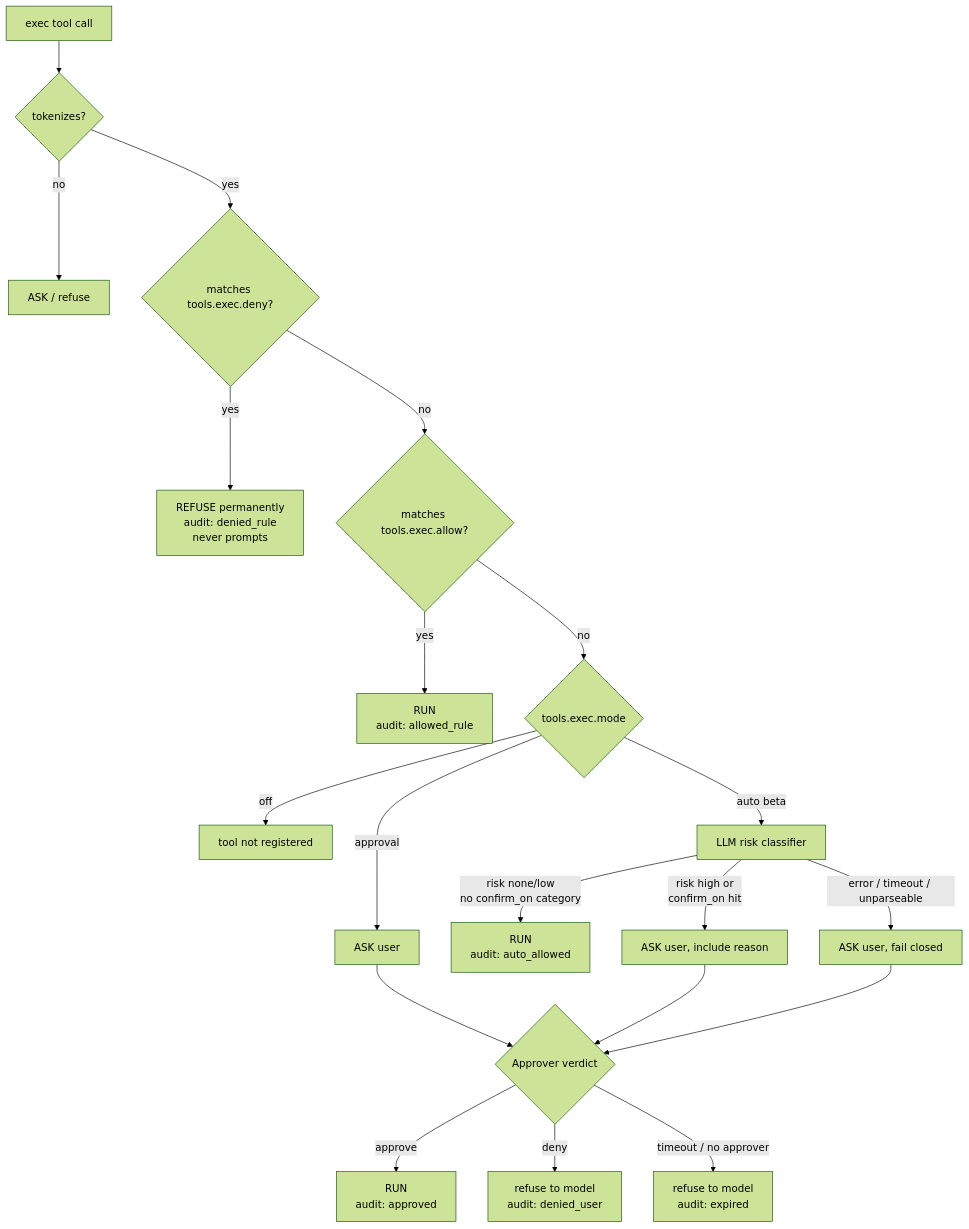
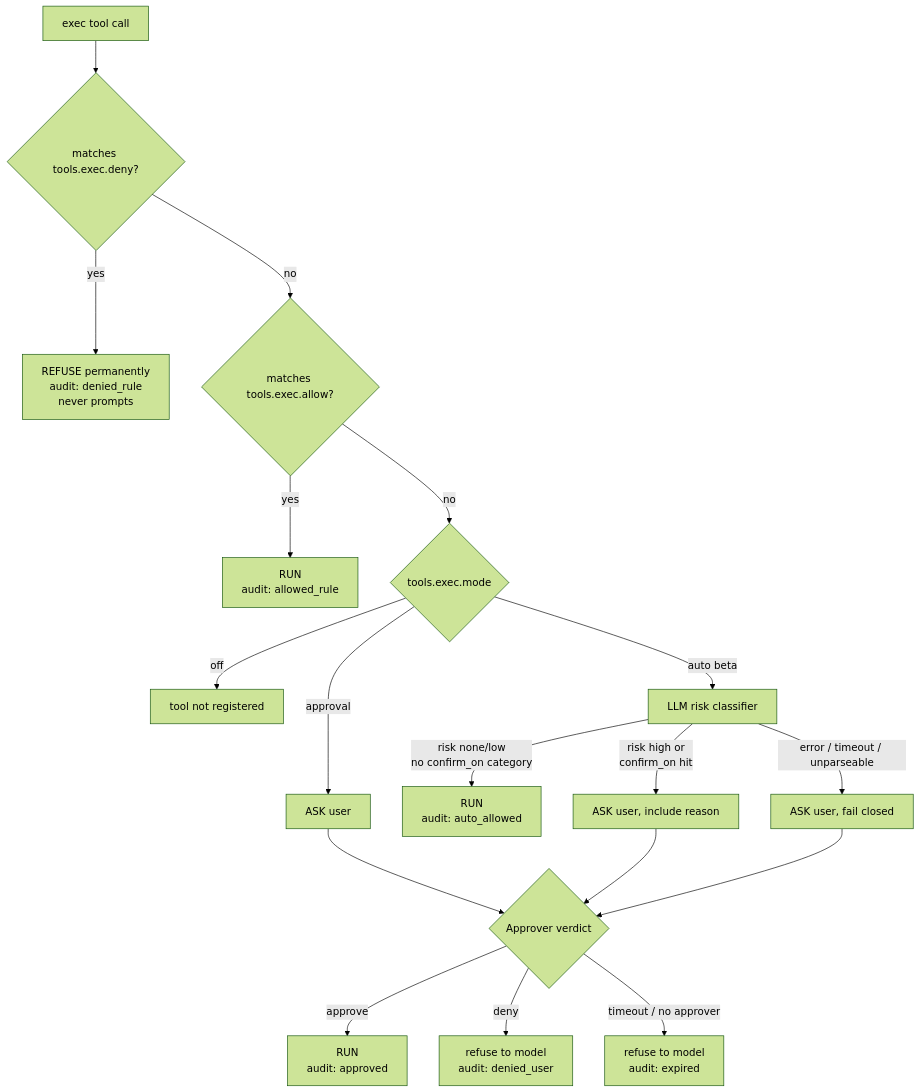
Before and after one commit to tiennm99dev/MTClaw: the diagram in docs/security.md, drawn with Mermaid (forest theme). The commit also changed other lines of this file and 4 other files, not shown here.

First line of the commit message:
docs: align README, configuration, architecture, security with code

````diff
--- a/docs/security.md
+++ b/docs/security.md
@@ -49,20 +49,18 @@
 ```mermaid
 flowchart TD
-    CMD[exec tool call] --> PARSE{tokenizes?}
-    PARSE -->|no| ASK1[ASK / refuse]
-    PARSE -->|yes| DENY{matches tools.exec.deny?}
+    CMD[exec tool call] --> DENY{matches tools.exec.deny?}
     DENY -->|yes| REFUSE["REFUSE permanently<br/>audit: denied_rule<br/>never prompts"]
     DENY -->|no| ALLOW{matches tools.exec.allow?}
     ALLOW -->|yes| RUN1["RUN<br/>audit: allowed_rule"]
     ALLOW -->|no| MODE{tools.exec.mode}
     MODE -->|off| NOTREG[tool not registered]
     MODE -->|approval| ASK2[ASK user]
     MODE -->|auto beta| CLS[LLM risk classifier]
     CLS -->|risk none/low<br/>no confirm_on category| RUN2["RUN<br/>audit: auto_allowed"]
     CLS -->|risk high or<br/>confirm_on hit| ASK3[ASK user, include reason]
     CLS -->|error / timeout / unparseable| ASK4[ASK user, fail closed]
     ASK2 & ASK3 & ASK4 --> APPR{Approver verdict}
     APPR -->|approve| RUN3["RUN<br/>audit: approved"]
     APPR -->|deny| REF2["refuse to model<br/>audit: denied_user"]
     APPR -->|timeout / no approver| REF3["refuse to model<br/>audit: expired"]
 ```
````
